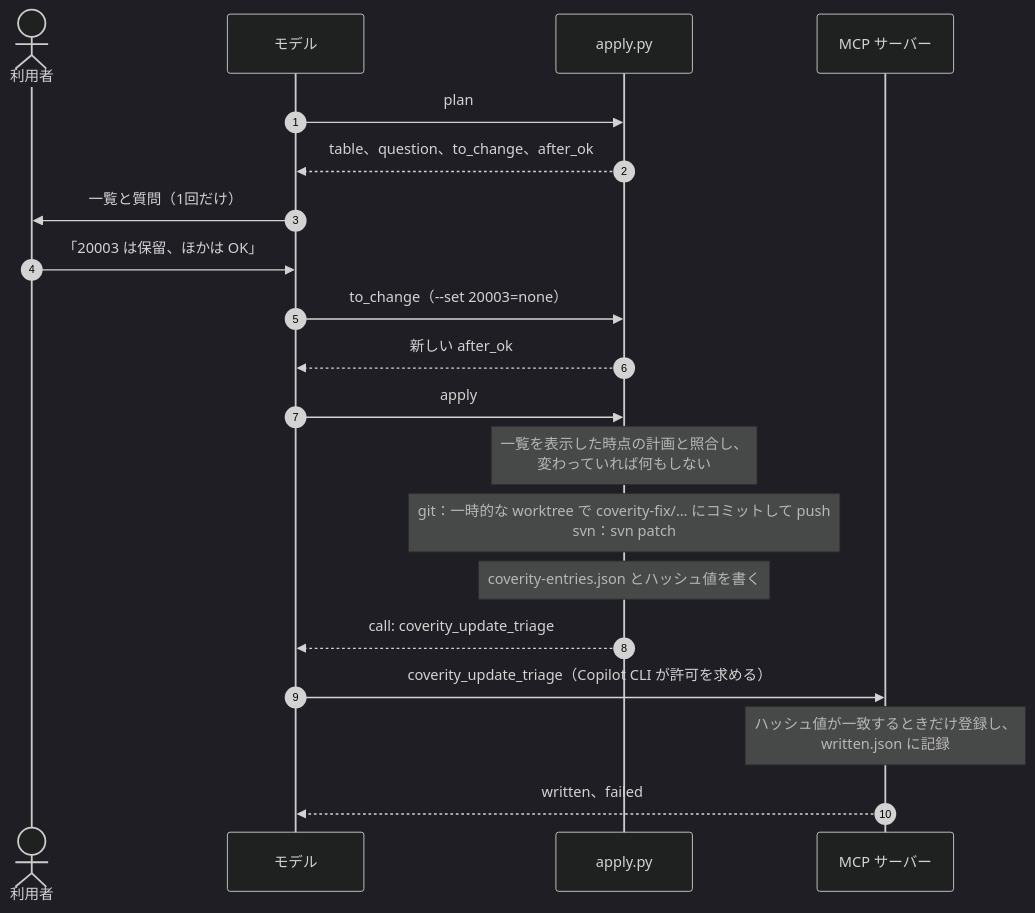
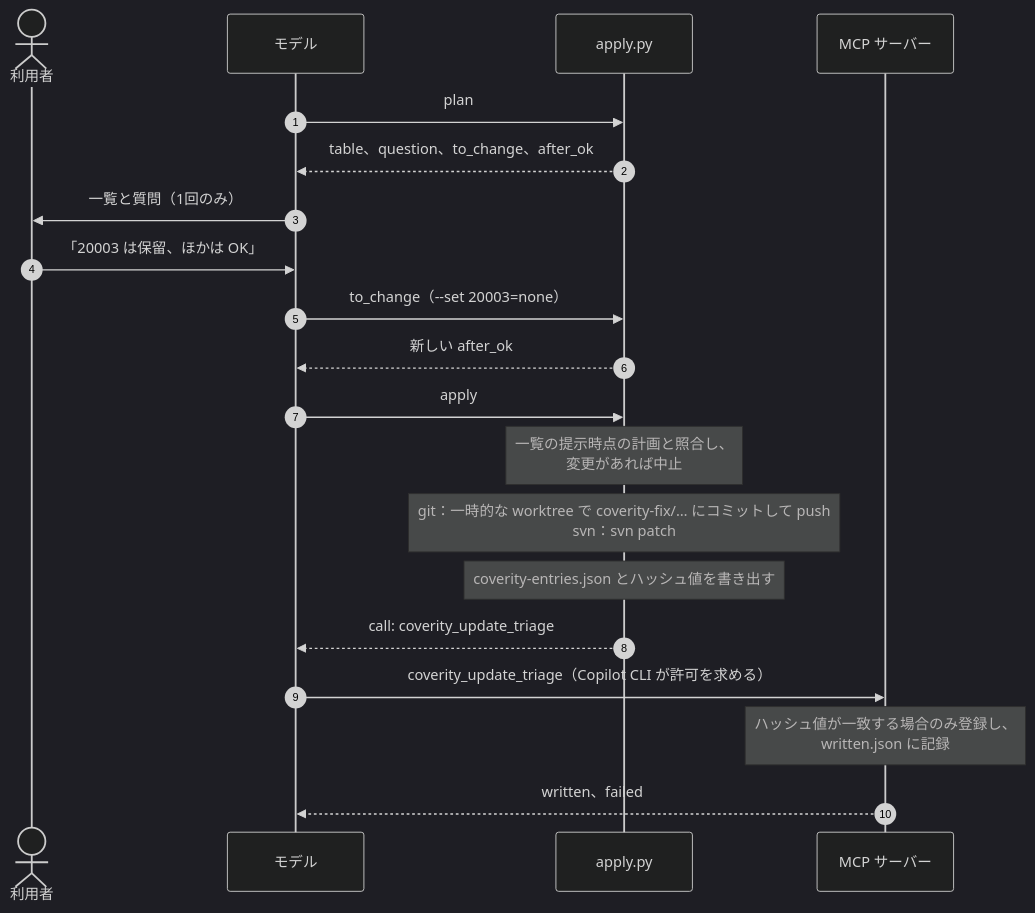
One commit to xclang-brain/plugin-market-place changed the third of 4 diagrams in docs-site/docs/dev/architecture.md. Above: the diagram before and after it, drawn with Mermaid (dark theme). The commit also changed other lines of this file and 9 other files, not shown here.

````diff
--- a/docs-site/docs/dev/architecture.md
+++ b/docs-site/docs/dev/architecture.md
@@ -84,22 +84,22 @@
 ```mermaid
 sequenceDiagram
   autonumber
   actor U as 利用者
   participant A as モデル
   participant P as apply.py
   participant M as MCP サーバー
   A->>P: plan
   P-->>A: table、question、to_change、after_ok
-  A->>U: 一覧と質問（1回だけ）
+  A->>U: 一覧と質問（1回のみ）
   U->>A: 「20003 は保留、ほかは OK」
   A->>P: to_change（--set 20003=none）
   P-->>A: 新しい after_ok
   A->>P: apply
-  Note over P: 一覧を表示した時点の計画と照合し、<br>変わっていれば何もしない
+  Note over P: 一覧の提示時点の計画と照合し、<br>変更があれば中止
   Note over P: git：一時的な worktree で coverity-fix/… にコミットして push<br>svn：svn patch
-  Note over P: coverity-entries.json とハッシュ値を書く
+  Note over P: coverity-entries.json とハッシュ値を書き出す
   P-->>A: call: coverity_update_triage
   A->>M: coverity_update_triage（Copilot CLI が許可を求める）
-  Note over M: ハッシュ値が一致するときだけ登録し、<br>written.json に記録
+  Note over M: ハッシュ値が一致する場合のみ登録し、<br>written.json に記録
   M-->>A: written、failed
 ```
````
